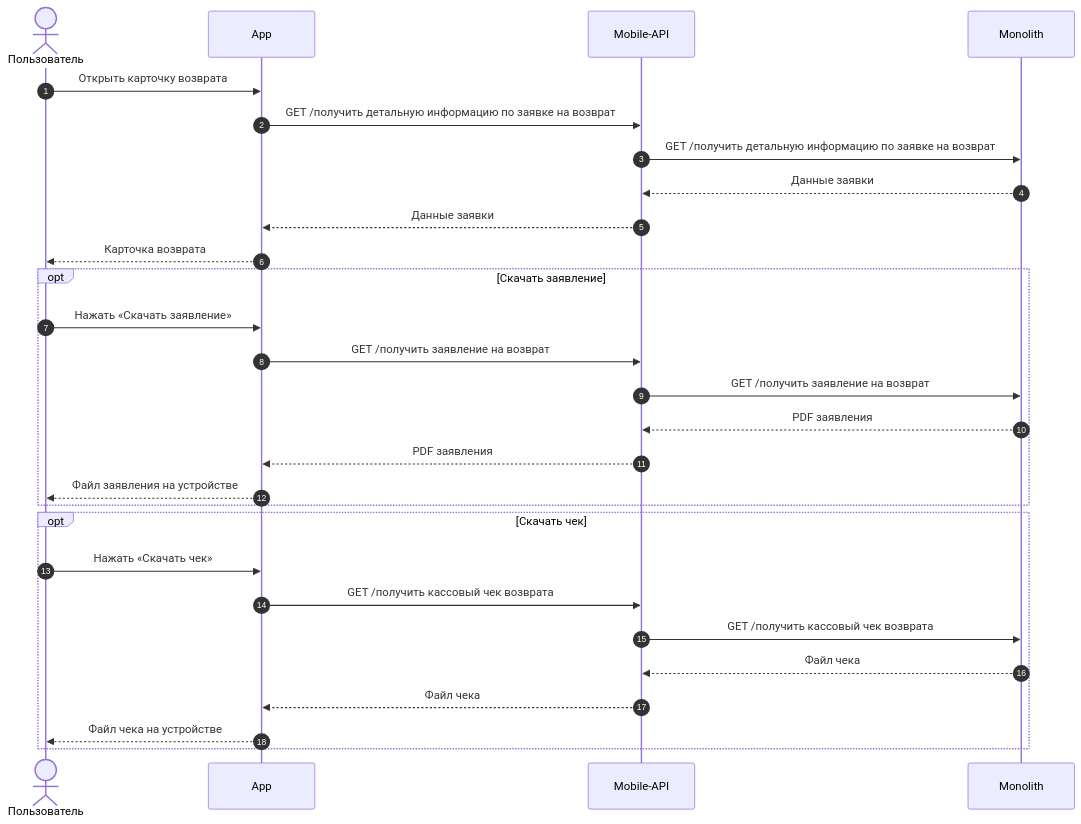
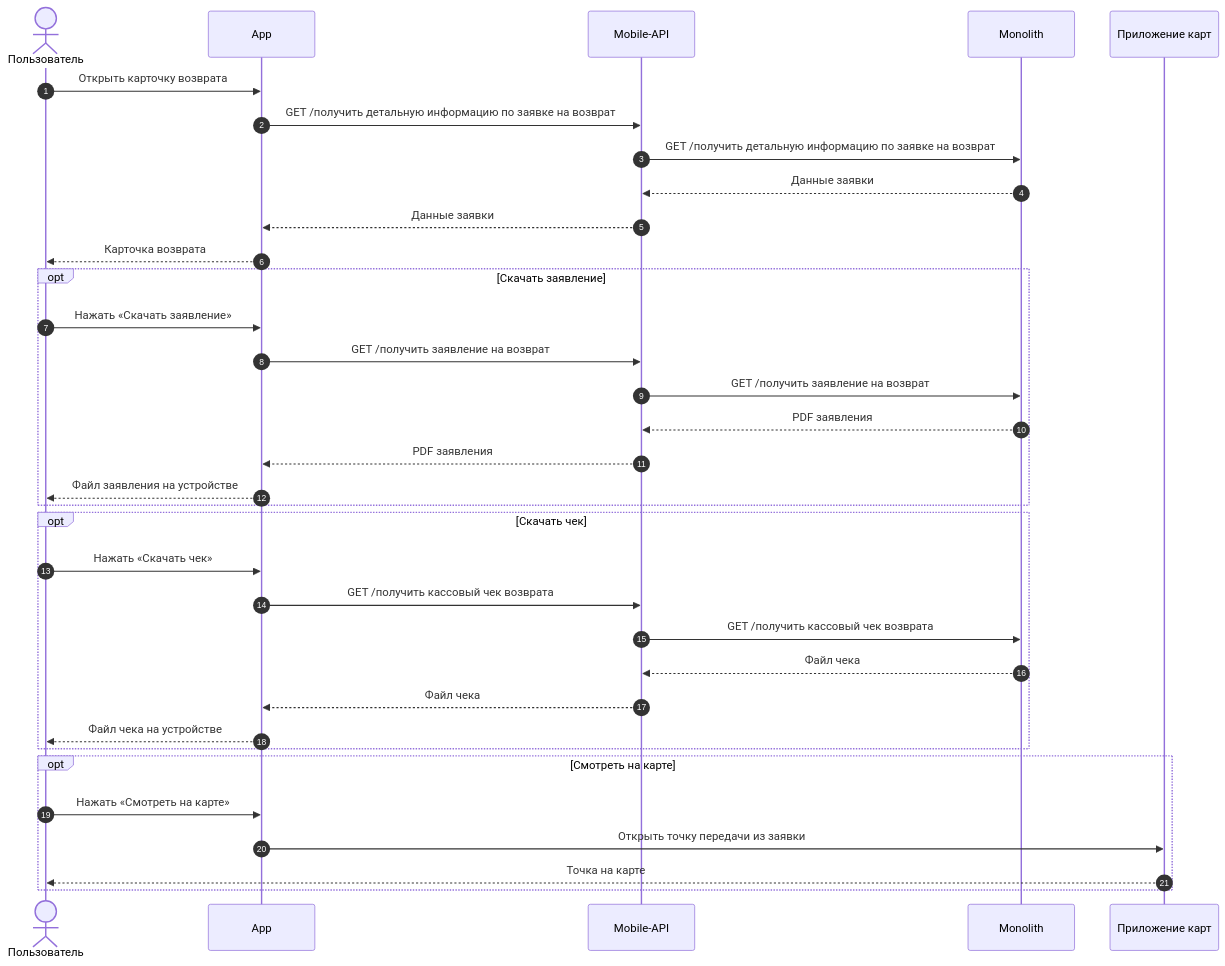
Before and after one commit to Terinss155/opencode-agents-analysis: diagram 18 of 19 in projects/returns-2.0/requirements/srs/srs-mobile.md, drawn with Mermaid. The commit also changed other lines of this file and 29 other files, not shown here.

````diff
--- a/projects/returns-2.0/requirements/srs/srs-mobile.md
+++ b/projects/returns-2.0/requirements/srs/srs-mobile.md
@@ -770,33 +966,40 @@
 ```mermaid
 sequenceDiagram
     autonumber
     actor U as Пользователь
     participant APP as App
     participant API as Mobile-API
     participant MON as Monolith
+    participant MAP as Приложение карт
 
     U->>APP: Открыть карточку возврата
     APP->>API: GET /получить детальную информацию по заявке на возврат
     API->>MON: GET /получить детальную информацию по заявке на возврат
     MON-->>API: Данные заявки
     API-->>APP: Данные заявки
     APP-->>U: Карточка возврата
 
     opt Скачать заявление
         U->>APP: Нажать «Скачать заявление»
         APP->>API: GET /получить заявление на возврат
         API->>MON: GET /получить заявление на возврат
         MON-->>API: PDF заявления
         API-->>APP: PDF заявления
         APP-->>U: Файл заявления на устройстве
     end
 
     opt Скачать чек
         U->>APP: Нажать «Скачать чек»
         APP->>API: GET /получить кассовый чек возврата
         API->>MON: GET /получить кассовый чек возврата
         MON-->>API: Файл чека
         API-->>APP: Файл чека
         APP-->>U: Файл чека на устройстве
     end
+
+    opt Смотреть на карте
+        U->>APP: Нажать «Смотреть на карте»
+        APP->>MAP: Открыть точку передачи из заявки
+        MAP-->>U: Точка на карте
+    end
 ```
````
